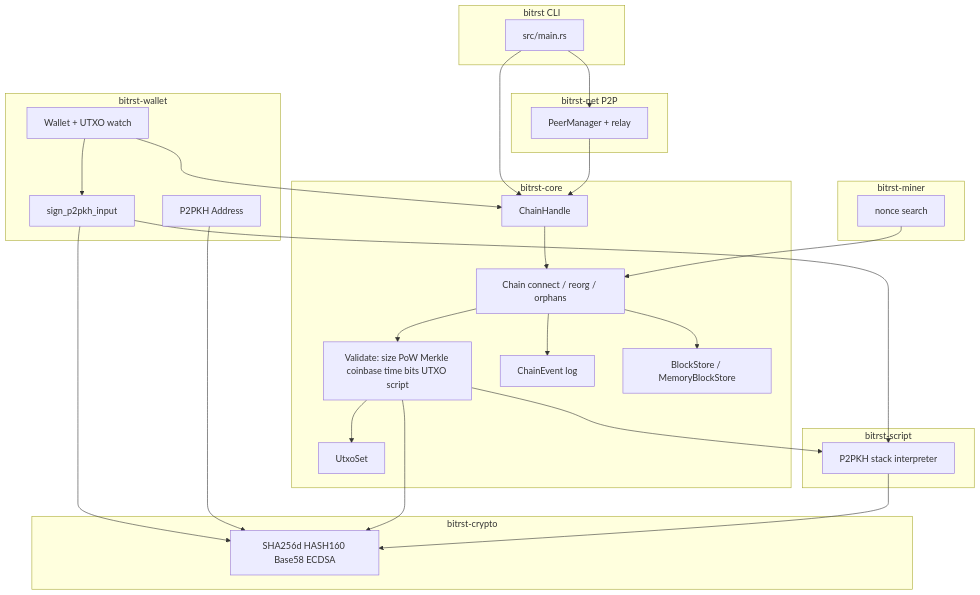
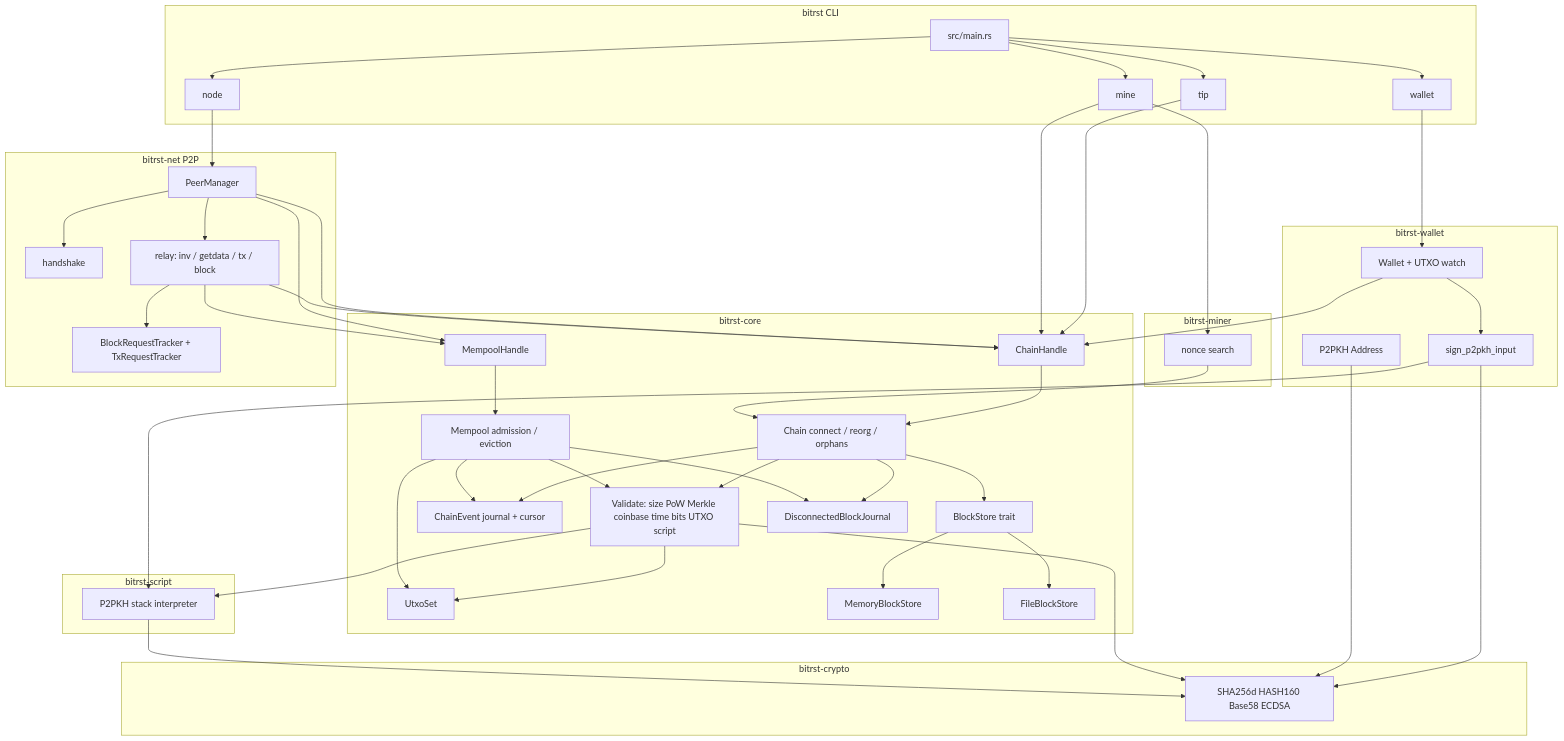
The diagram in README.md (akshitj11/bitrst), drawn with Mermaid before and after one commit. The commit also changed other lines of this file and 1 other file, not shown here.

Commit message:
docs: add mine demo GIF and update README
Embed reproducible terminal demo, fix mine network-time example,
and link devlog, progress stats, and optional mdBook build steps.

````diff
--- a/README.md
+++ b/README.md
@@ -11,10 +17,14 @@
 flowchart TB
   subgraph cli [bitrst CLI]
     Main[src/main.rs]
+    Tip[tip]
+    Mine[mine]
+    Wallet[wallet]
+    NodeCmd[node]
   end
 
   subgraph wallet_layer [bitrst-wallet]
-    Wallet[Wallet + UTXO watch]
+    WalletCore[Wallet + UTXO watch]
     Sign[sign_p2pkh_input]
     Addr[P2PKH Address]
   end
@@ -24,8 +34,13 @@
     Chain[Chain connect / reorg / orphans]
     Validate[Validate: size PoW Merkle coinbase time bits UTXO script]
     Utxo[UtxoSet]
-    Events[ChainEvent log]
-    Store[BlockStore / MemoryBlockStore]
+    Events[ChainEvent journal + cursor]
+    Mempool[Mempool admission / eviction]
+    MempoolH[MempoolHandle]
+    StoreTrait[BlockStore trait]
+    MemStore[MemoryBlockStore]
+    FileStore[FileBlockStore]
+    DiscJournal[DisconnectedBlockJournal]
   end
 
   subgraph script [bitrst-script]
@@ -37,28 +52,52 @@
   end
 
   subgraph miner [bitrst-miner]
-    Mine[nonce search]
+    MineCrate[nonce search]
   end
 
   subgraph net [bitrst-net P2P]
-    Net[PeerManager + relay]
+    PM[PeerManager]
+    HS[handshake]
+    Relay[relay: inv / getdata / tx / block]
+    Track[BlockRequestTracker + TxRequestTracker]
   end
 
-  Main --> Handle
-  Main --> Net
-  Wallet --> Sign
-  Wallet --> Handle
+  Main --> Tip
+  Main --> Mine
+  Main --> Wallet
+  Main --> NodeCmd
+  Tip --> Handle
+  Mine --> Handle
+  Mine --> MineCrate
+  Wallet --> WalletCore
+  WalletCore --> Sign
+  WalletCore --> Handle
   Sign --> Hash
   Sign --> VM
   Addr --> Hash
+  NodeCmd --> PM
   Handle --> Chain
   Chain --> Validate
   Validate --> Utxo
   Validate --> VM
   Validate --> Hash
   Chain --> Events
-  Chain --> Store
+  Chain --> StoreTrait
+  Chain --> DiscJournal
+  StoreTrait --> MemStore
+  StoreTrait --> FileStore
+  MempoolH --> Mempool
+  Mempool --> Validate
+  Mempool --> Utxo
+  Mempool --> Events
+  Mempool --> DiscJournal
   VM --> Hash
-  Mine --> Chain
-  Net --> Handle
+  MineCrate --> Chain
+  PM --> HS
+  PM --> Relay
+  PM --> Handle
+  PM --> MempoolH
+  Relay --> Track
+  Relay --> Handle
+  Relay --> MempoolH
 ```
````
